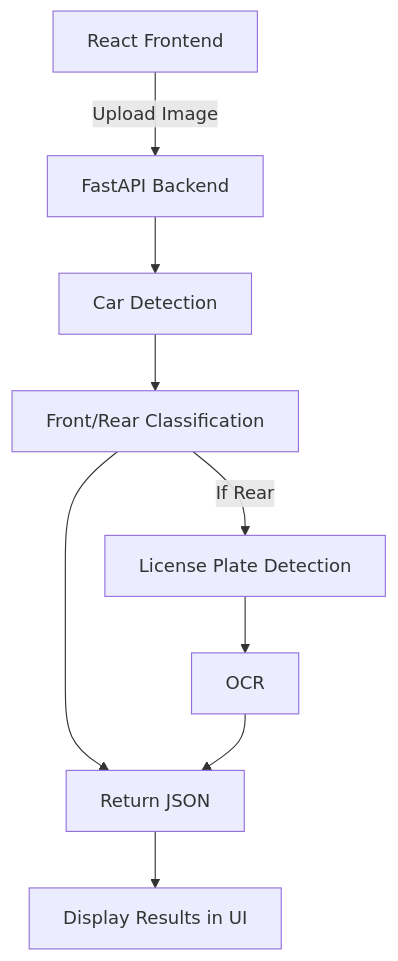
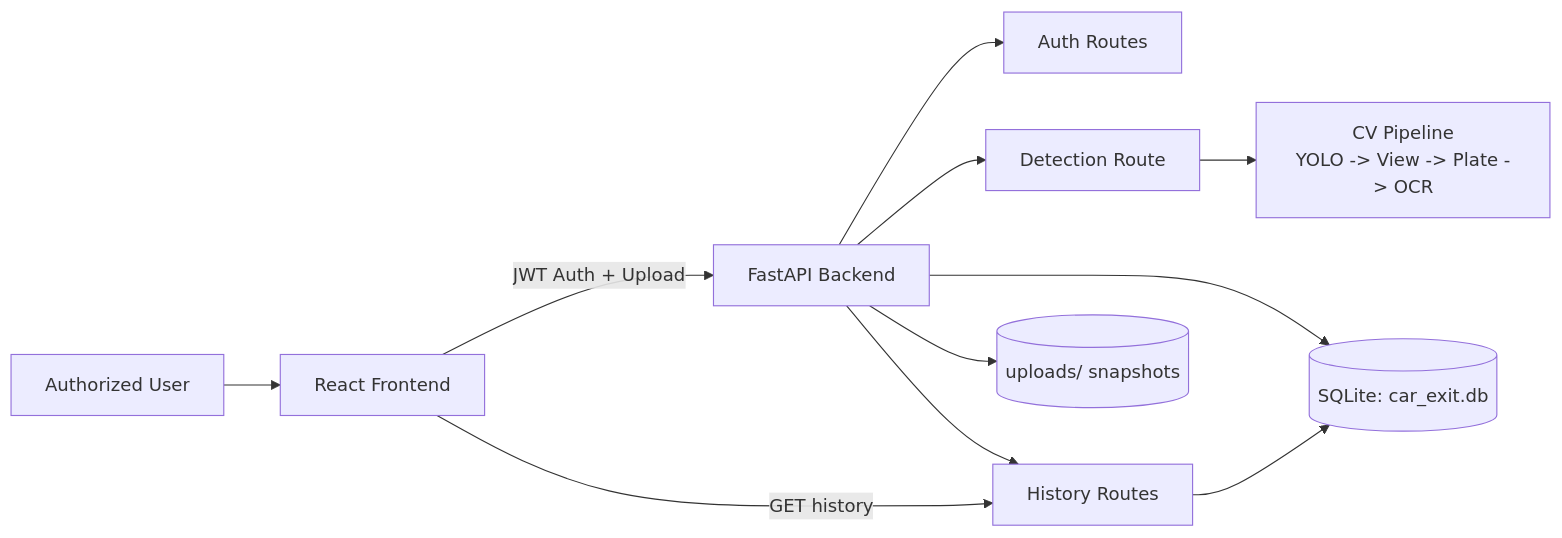
Before and after one commit to RyanEAA/car-exit-detection-system: the first of 5 diagrams in readme.md, drawn with Mermaid. The commit also changed other lines of this file, not shown here.

````diff
--- a/readme.md
+++ b/readme.md
@@ -119,11 +42,13 @@
 ```mermaid
-flowchart TD
-    A[React Frontend] -->|Upload Image| B[FastAPI Backend]
-    B --> C[Car Detection]
-    C --> D[Front/Rear Classification]
-    D -->|If Rear| E[License Plate Detection]
-    E --> F[OCR]
-    D --> G[Return JSON]
-    F --> G
-    G --> H[Display Results in UI]
+flowchart LR
+    U[Authorized User] --> F[React Frontend]
+    F -->|JWT Auth + Upload| B[FastAPI Backend]
+    B --> A[Auth Routes]
+    B --> D[Detection Route]
+    B --> H[History Routes]
+    D --> P[CV Pipeline\nYOLO -> View -> Plate -> OCR]
+    B --> DB[(SQLite: car_exit.db)]
+    B --> FS[(uploads/ snapshots)]
+    F -->|GET history| H
+    H --> DB
 ```
````
